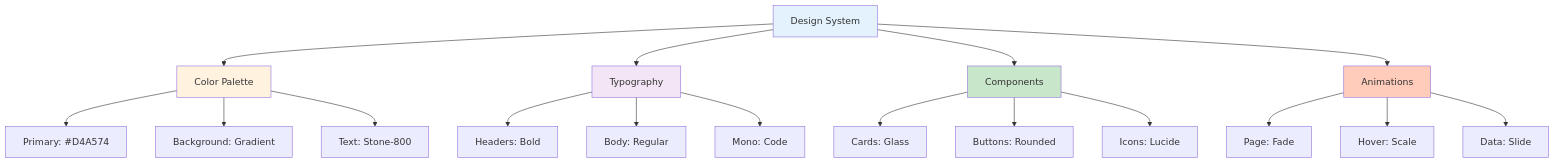
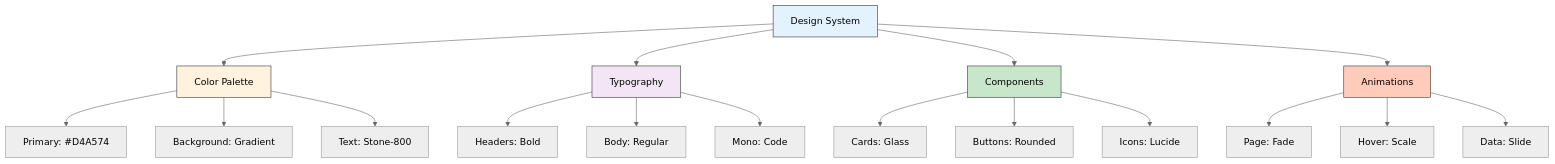
One commit to sumith1309/Project_Sahara_Sense changed the tenth of 14 diagrams in README.md. Above: the diagram before and after it, drawn with Mermaid. The commit also changed other lines of this file, not shown here.

Commit message:
docs: Enhance Mermaid diagrams visibility with neutral theme

````diff
--- a/README.md
+++ b/README.md
@@ -659,29 +668,30 @@
 ```mermaid
+%%{init: {'theme': 'neutral'}}%%
 graph TD
     A[Design System] --> B[Color Palette]
     A --> C[Typography]
     A --> D[Components]
     A --> E[Animations]
     
     B --> B1[Primary: #D4A574]
     B --> B2[Background: Gradient]
     B --> B3[Text: Stone-800]
     
     C --> C1[Headers: Bold]
     C --> C2[Body: Regular]
     C --> C3[Mono: Code]
     
     D --> D1[Cards: Glass]
     D --> D2[Buttons: Rounded]
     D --> D3[Icons: Lucide]
     
     E --> E1[Page: Fade]
     E --> E2[Hover: Scale]
     E --> E3[Data: Slide]
     
-    style A fill:#e3f2fd
-    style B fill:#fff3e0
-    style C fill:#f3e5f5
-    style D fill:#c8e6c9
-    style E fill:#ffccbc
+    style A fill:#e3f2fd,stroke:#333,color:#000
+    style B fill:#fff3e0,stroke:#333,color:#000
+    style C fill:#f3e5f5,stroke:#333,color:#000
+    style D fill:#c8e6c9,stroke:#333,color:#000
+    style E fill:#ffccbc,stroke:#333,color:#000
 ```
````
